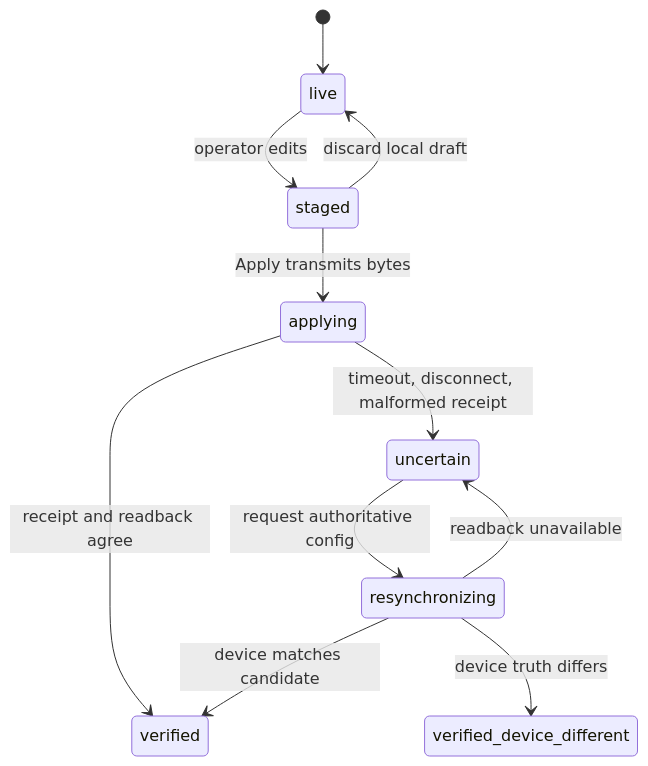
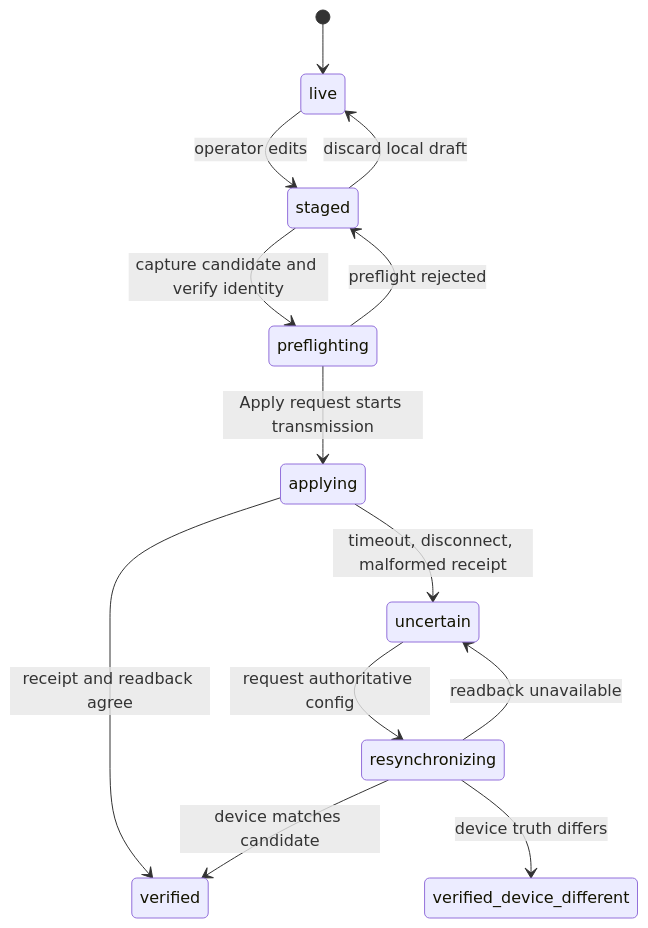
The diagram in docs/reference/ConfigurationTransactionModel.md (bseverns/MOARkNOBS-42), drawn with Mermaid before and after one commit. The commit also changed other lines of this file and 14 other files, not shown here.

````diff
--- a/docs/reference/ConfigurationTransactionModel.md
+++ b/docs/reference/ConfigurationTransactionModel.md
@@ -9,13 +9,15 @@
 ```mermaid
 stateDiagram-v2
   [*] --> live
   live --> staged: operator edits
-  staged --> applying: Apply transmits bytes
+  staged --> preflighting: capture candidate and verify identity
+  preflighting --> staged: preflight rejected
+  preflighting --> applying: Apply request starts transmission
   staged --> live: discard local draft
   applying --> verified: receipt and readback agree
   applying --> uncertain: timeout, disconnect, malformed receipt
   uncertain --> resynchronizing: request authoritative config
   resynchronizing --> verified: device matches candidate
   resynchronizing --> verified_device_different: device truth differs
   resynchronizing --> uncertain: readback unavailable
 ```
````
